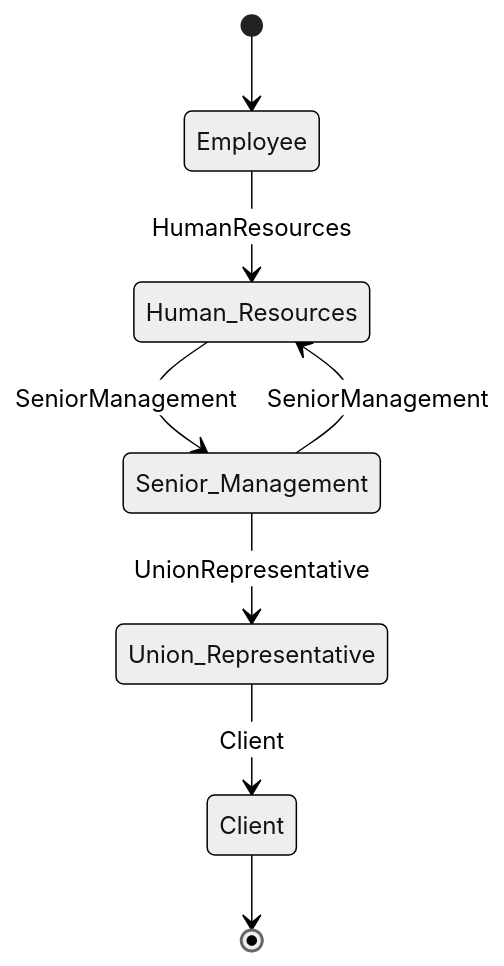
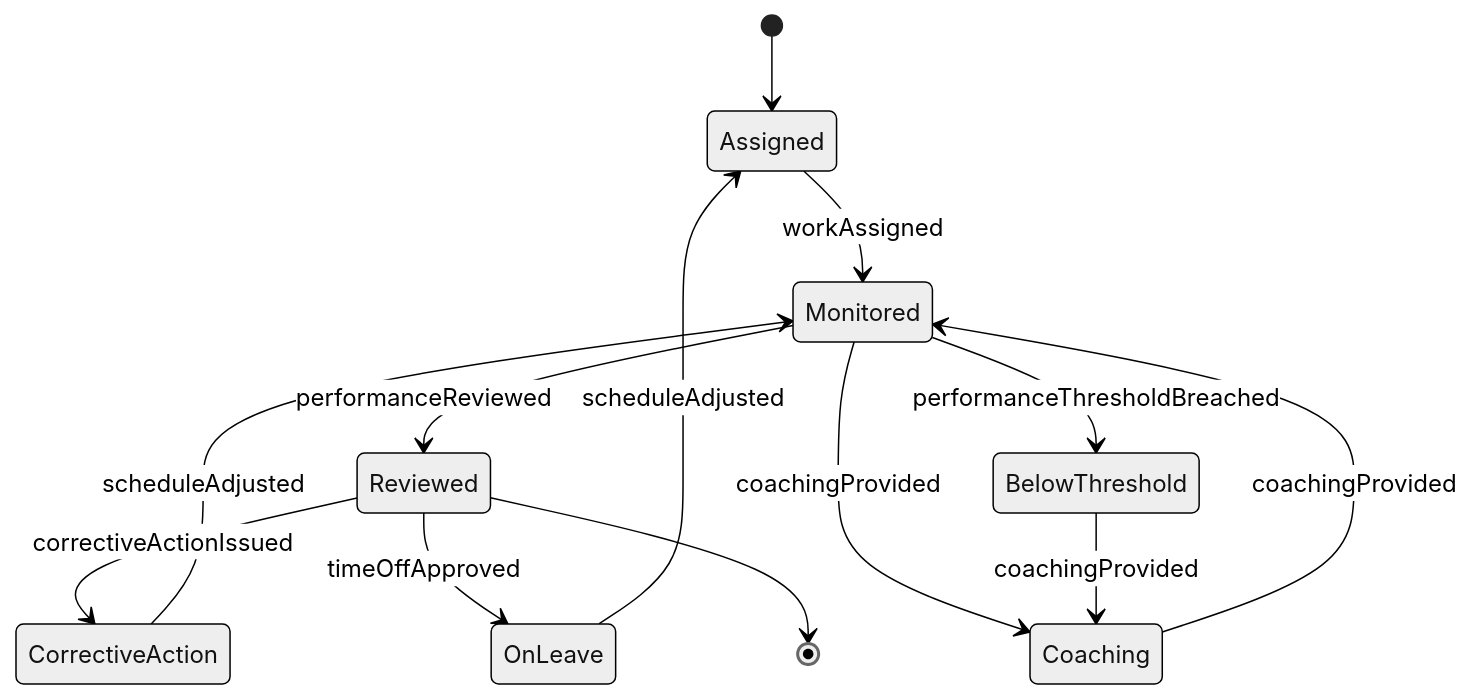
Before and after one commit to dot-org-ai/tasks.org.ai: the second of 4 diagrams in GuidingDirectingAndMotivatingSubordinates/SupervisePersonnelActivities/SuperviseEmployees.mdx, drawn with Mermaid (neutral theme). The commit also changed other lines of this file and 515 other files, not shown here.

````diff
--- a/GuidingDirectingAndMotivatingSubordinates/SupervisePersonnelActivities/SuperviseEmployees.mdx
+++ b/GuidingDirectingAndMotivatingSubordinates/SupervisePersonnelActivities/SuperviseEmployees.mdx
@@ -100,10 +98,15 @@
 ```mermaid
 stateDiagram-v2
-    [*] --> Employee
-    Employee --> Human_Resources: HumanResources
-    Human_Resources --> Senior_Management: SeniorManagement
-    Senior_Management --> Union_Representative: UnionRepresentative
-    Union_Representative --> Client: Client
-    Senior_Management --> Human_Resources: SeniorManagement
-    Client --> [*]
+    [*] --> Assigned
+    Assigned --> Monitored : workAssigned
+    Monitored --> Reviewed : performanceReviewed
+    Monitored --> Coaching : coachingProvided
+    Coaching --> Monitored : coachingProvided
+    Reviewed --> CorrectiveAction : correctiveActionIssued
+    CorrectiveAction --> Monitored : scheduleAdjusted
+    Reviewed --> OnLeave : timeOffApproved
+    OnLeave --> Assigned : scheduleAdjusted
+    Monitored --> BelowThreshold : performanceThresholdBreached
+    BelowThreshold --> Coaching : coachingProvided
+    Reviewed --> [*]
 ```
````
